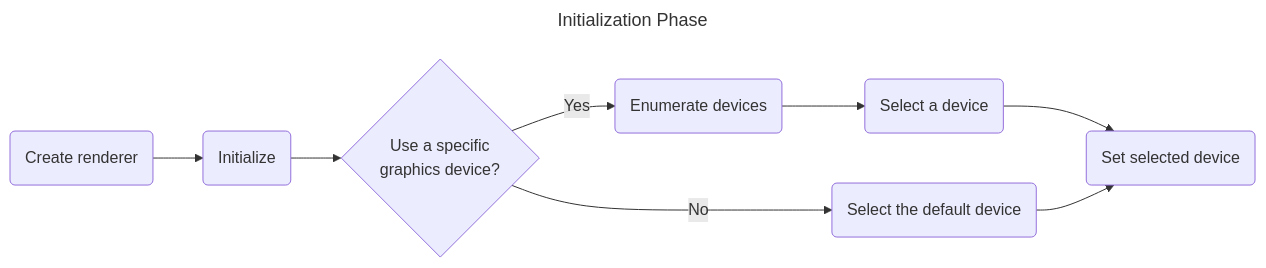
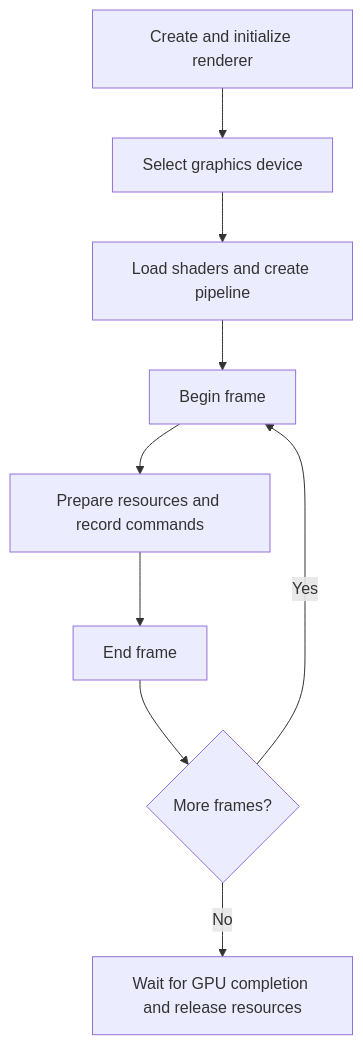
One commit to ozguronsoy/HephGL changed the diagram in README.md. Above: the diagram before and after it, drawn with Mermaid. The commit also changed other lines of this file and 1 other file, not shown here.

````diff
--- a/README.md
+++ b/README.md
@@ -122,13 +87,11 @@
 ```mermaid
----
-title: Initialization Phase
----
-graph LR;
-    A(Create renderer) --> B(Initialize);
-    B --> C{Use a specific \n graphics device?}
-    C -- Yes --> D(Enumerate devices)
-    C -- No --> E(Select the default device)
-    D --> F(Select a device)
-    F --> G
-    E --> G(Set selected device)
+flowchart TD
+    A[Create and initialize renderer] --> B[Select graphics device]
+    B --> C[Load shaders and create pipeline]
+    C --> D[Begin frame]
+    D --> E[Prepare resources and record commands]
+    E --> F[End frame]
+    F --> G{More frames?}
+    G -- Yes --> D
+    G -- No --> H[Wait for GPU completion and release resources]
 ```
````
